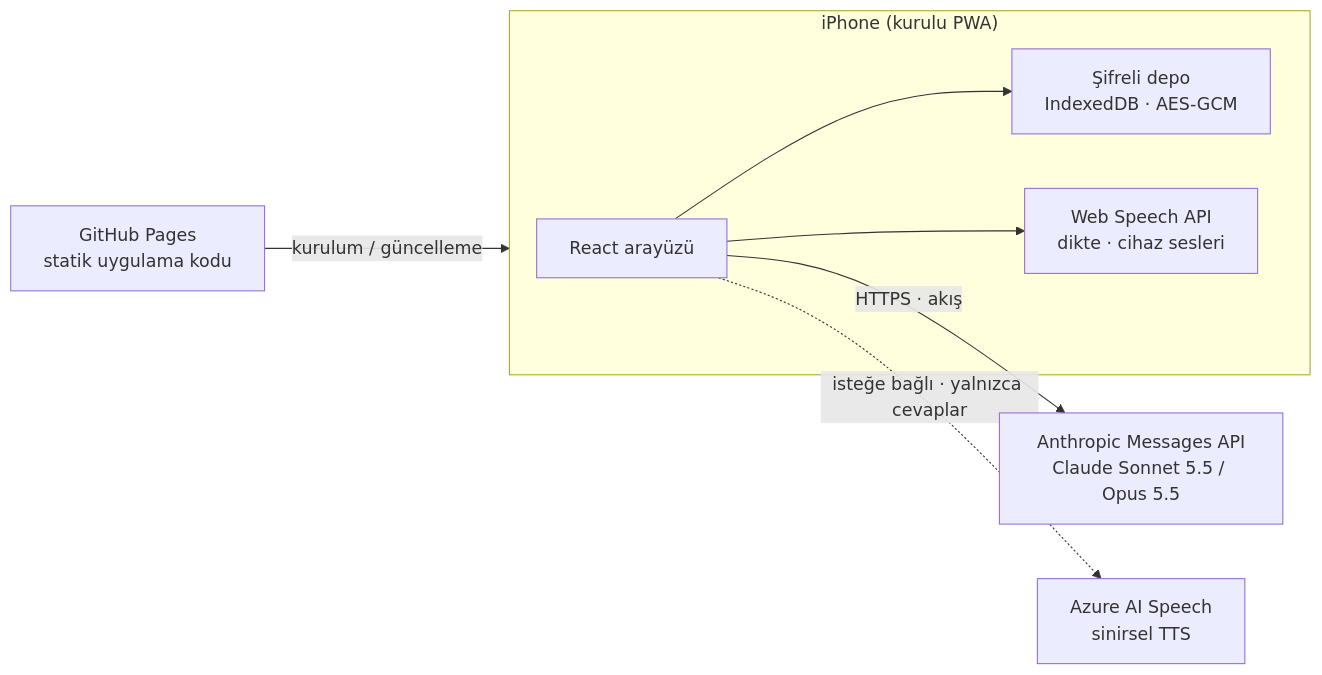
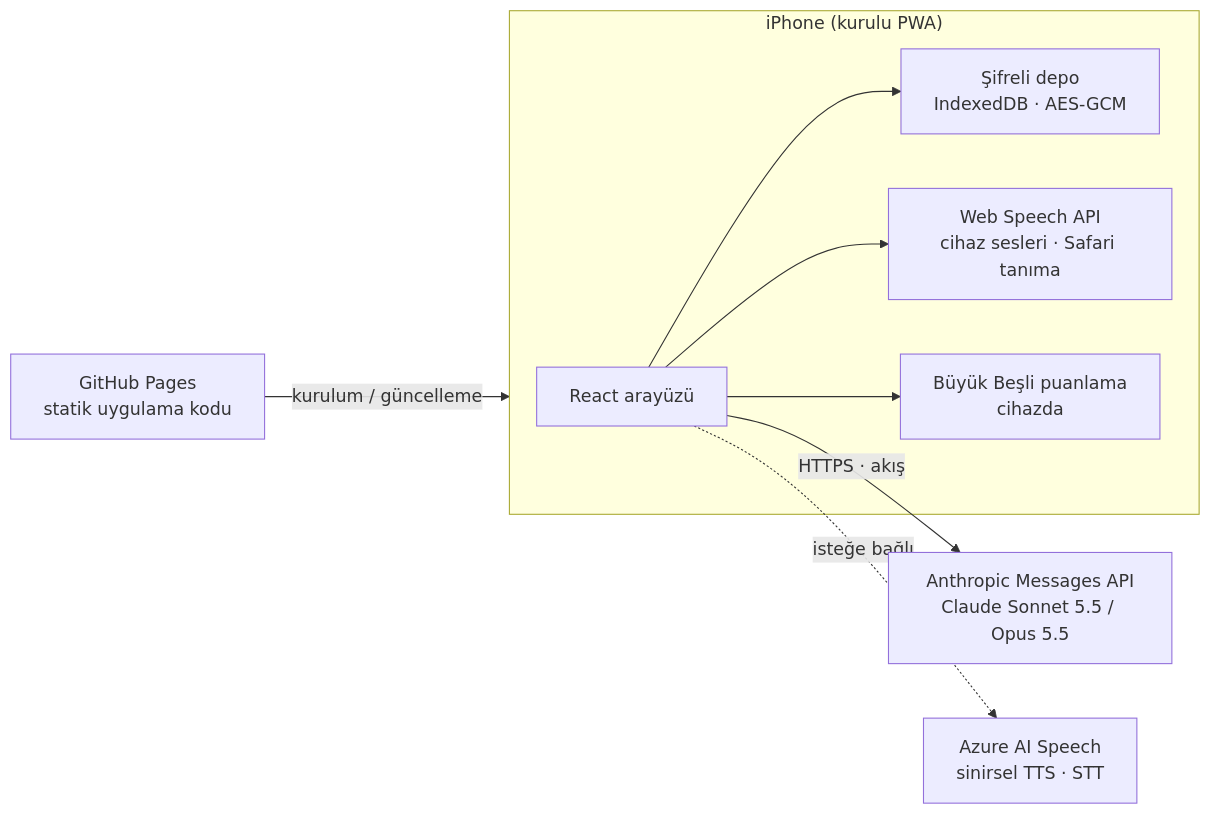
One commit to YILDIRIMZX/Piskolojik-Destek-Uygulamas- changed the diagram in README.tr.md. Above: the diagram before and after it, drawn with Mermaid. The commit also changed other lines of this file and 28 other files, not shown here.

````diff
--- a/README.tr.md
+++ b/README.tr.md
@@ -56,10 +93,11 @@
 ```mermaid
 flowchart LR
   subgraph Device["iPhone (kurulu PWA)"]
     UI["React arayüzü"] --> Store["Şifreli depo<br/>IndexedDB · AES-GCM"]
-    UI --> Speech["Web Speech API<br/>dikte · cihaz sesleri"]
+    UI --> Speech["Web Speech API<br/>cihaz sesleri · Safari tanıma"]
+    UI --> Test["Büyük Beşli puanlama<br/>cihazda"]
   end
   UI -- "HTTPS · akış" --> Claude["Anthropic Messages API<br/>Claude Sonnet 5.5 / Opus 5.5"]
-  UI -. "isteğe bağlı · yalnızca cevaplar" .-> Azure["Azure AI Speech<br/>sinirsel TTS"]
+  UI -. "isteğe bağlı" .-> Azure["Azure AI Speech<br/>sinirsel TTS · STT"]
   Pages["GitHub Pages<br/>statik uygulama kodu"] -- "kurulum / güncelleme" --> Device
 ```
````
